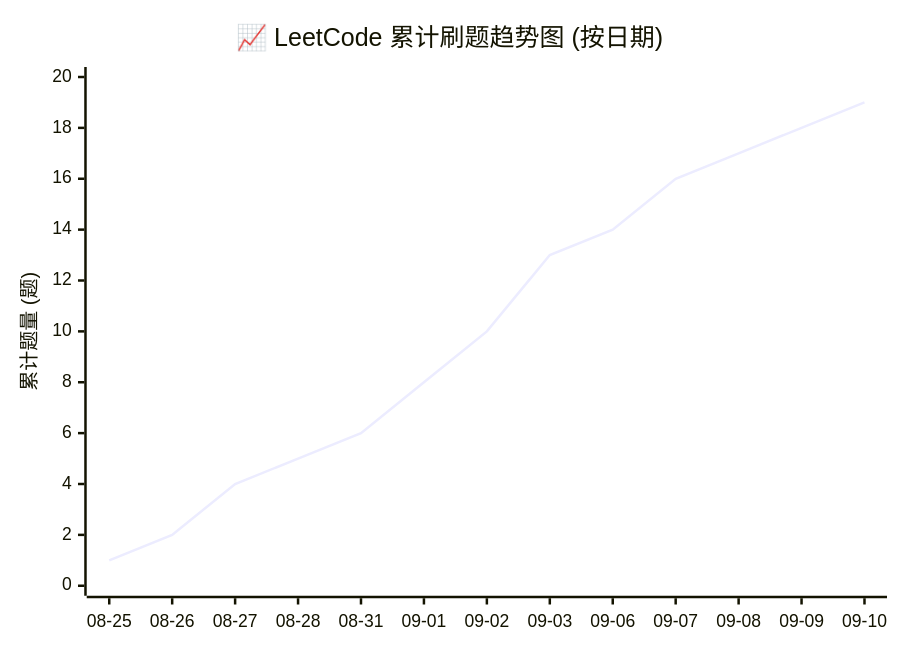
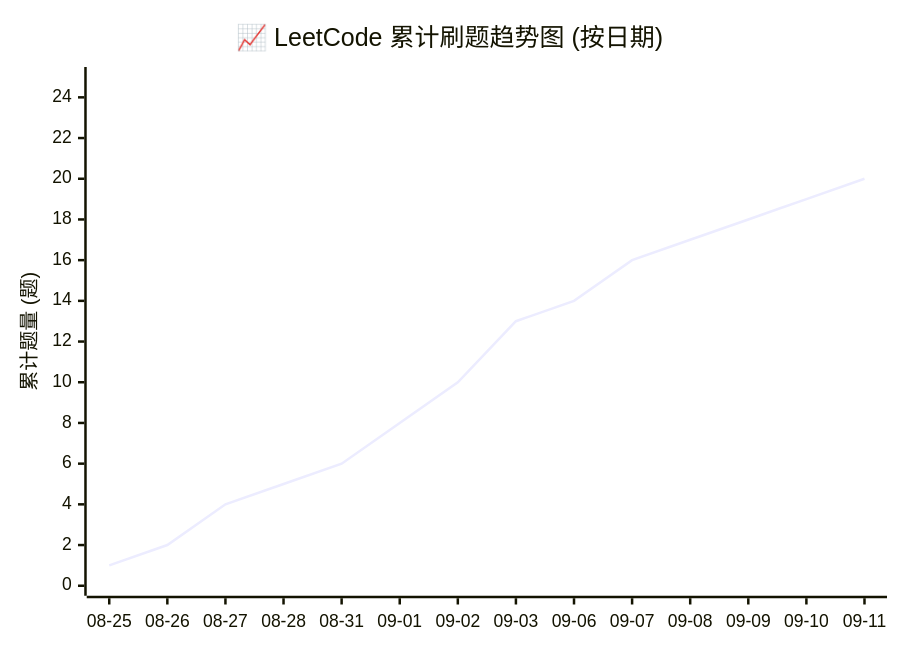
One commit to hexinbyte/LeetCode-Journey changed the diagram in README.md. Above: the diagram before and after it, drawn with Mermaid. The commit also changed other lines of this file and 2 other files, not shown here.

Commit message:
新增岛屿数量题目解决方案

````diff
--- a/README.md
+++ b/README.md
@@ -16,7 +16,7 @@
 ```mermaid
 xychart-beta
     title "📈 LeetCode 累计刷题趋势图 (按日期)"
-    x-axis ["08-25", "08-26", "08-27", "08-28", "08-31", "09-01", "09-02", "09-03", "09-06", "09-07", "09-08", "09-09", "09-10"]
-    y-axis "累计题量 (题)" 0 --> 20
-    line [1, 2, 4, 5, 6, 8, 10, 13, 14, 16, 17, 18, 19]
+    x-axis ["08-25", "08-26", "08-27", "08-28", "08-31", "09-01", "09-02", "09-03", "09-06", "09-07", "09-08", "09-09", "09-10", "09-11"]
+    y-axis "累计题量 (题)" 0 --> 25
+    line [1, 2, 4, 5, 6, 8, 10, 13, 14, 16, 17, 18, 19, 20]
 ```
````
